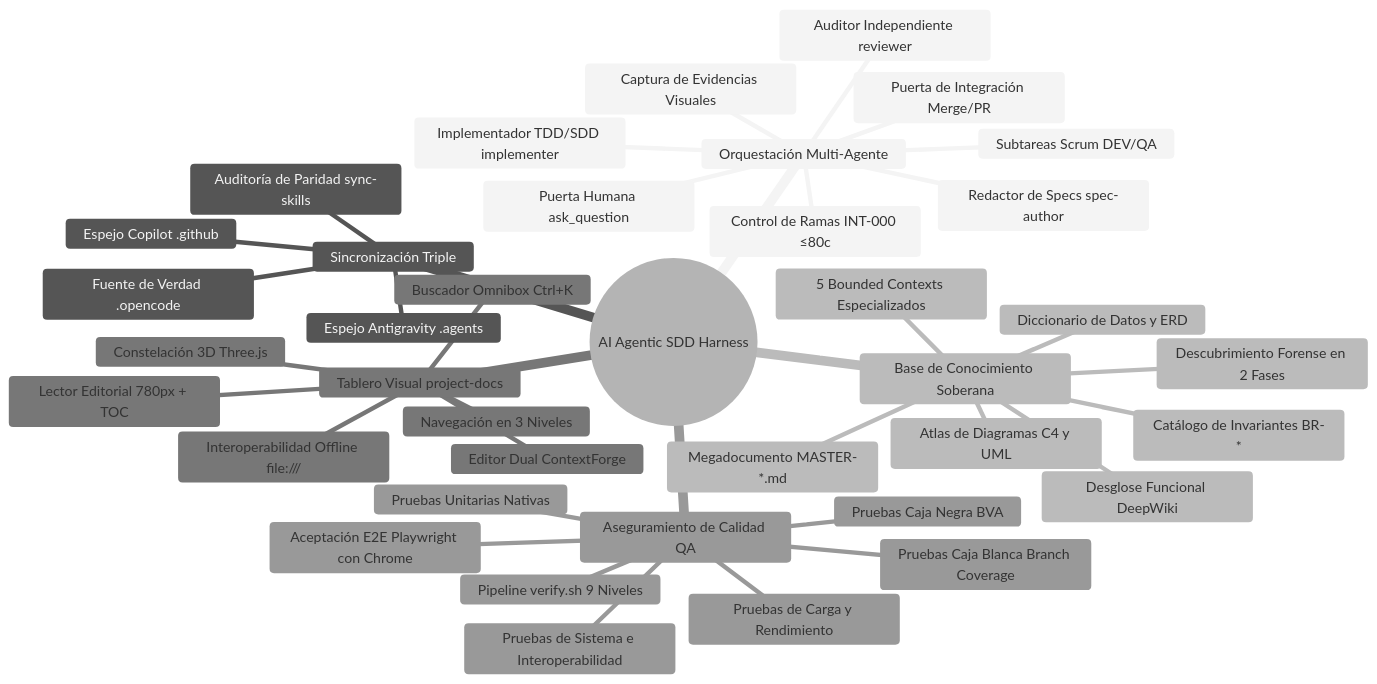
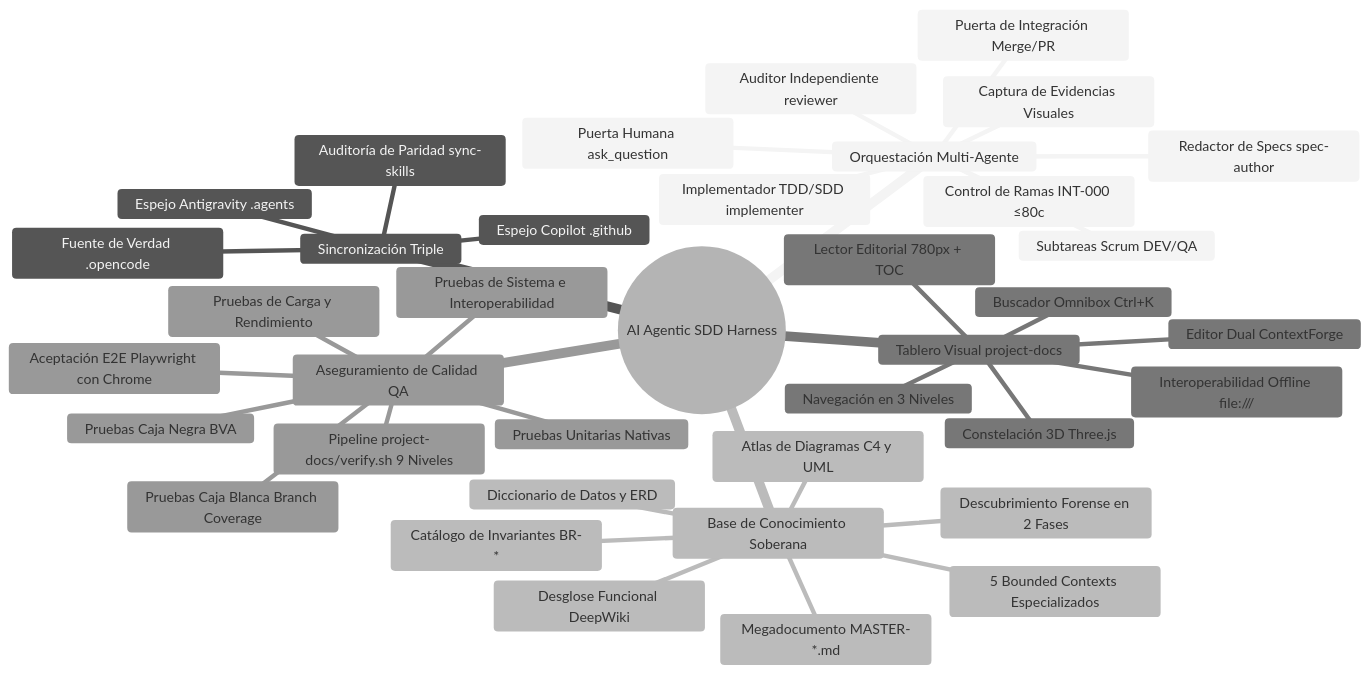
The first of 4 diagrams in project-docs/knowledge/03-capabilities-and-features.md (Nayid4/ContextForge), drawn with Mermaid (neutral theme) before and after one commit. The commit also changed other lines of this file and 106 other files, not shown here.

Commit message:
feat(harness): encapsulate specs, verify.sh and project-spec in project-docs

````diff
--- a/project-docs/knowledge/03-capabilities-and-features.md
+++ b/project-docs/knowledge/03-capabilities-and-features.md
@@ -20,41 +20,41 @@
 ```mermaid
 mindmap
   root((AI Agentic SDD Harness))
     Orquestación Multi-Agente
       Control de Ramas INT-000 ≤80c
       Redactor de Specs spec-author
       Puerta Humana ask_question
       Implementador TDD/SDD implementer
       Auditor Independiente reviewer
       Subtareas Scrum DEV/QA
       Captura de Evidencias Visuales
       Puerta de Integración Merge/PR
     Sincronización Triple
       Fuente de Verdad .opencode
       Espejo Copilot .github
       Espejo Antigravity .agents
       Auditoría de Paridad sync-skills
     Base de Conocimiento Soberana
       Descubrimiento Forense en 2 Fases
       Atlas de Diagramas C4 y UML
       Catálogo de Invariantes BR-*
       Diccionario de Datos y ERD
       5 Bounded Contexts Especializados
       Megadocumento MASTER-*.md
       Desglose Funcional DeepWiki
     Tablero Visual project-docs
       Navegación en 3 Niveles
       Lector Editorial 780px + TOC
       Editor Dual ContextForge
       Buscador Omnibox Ctrl+K
       Constelación 3D Three.js
       Interoperabilidad Offline file:///
     Aseguramiento de Calidad QA
-      Pipeline verify.sh 9 Niveles
+      Pipeline project-docs/verify.sh 9 Niveles
       Pruebas Unitarias Nativas
       Pruebas Caja Blanca Branch Coverage
       Pruebas Caja Negra BVA
       Pruebas de Sistema e Interoperabilidad
       Pruebas de Carga y Rendimiento
       Aceptación E2E Playwright con Chrome
 ```
````
